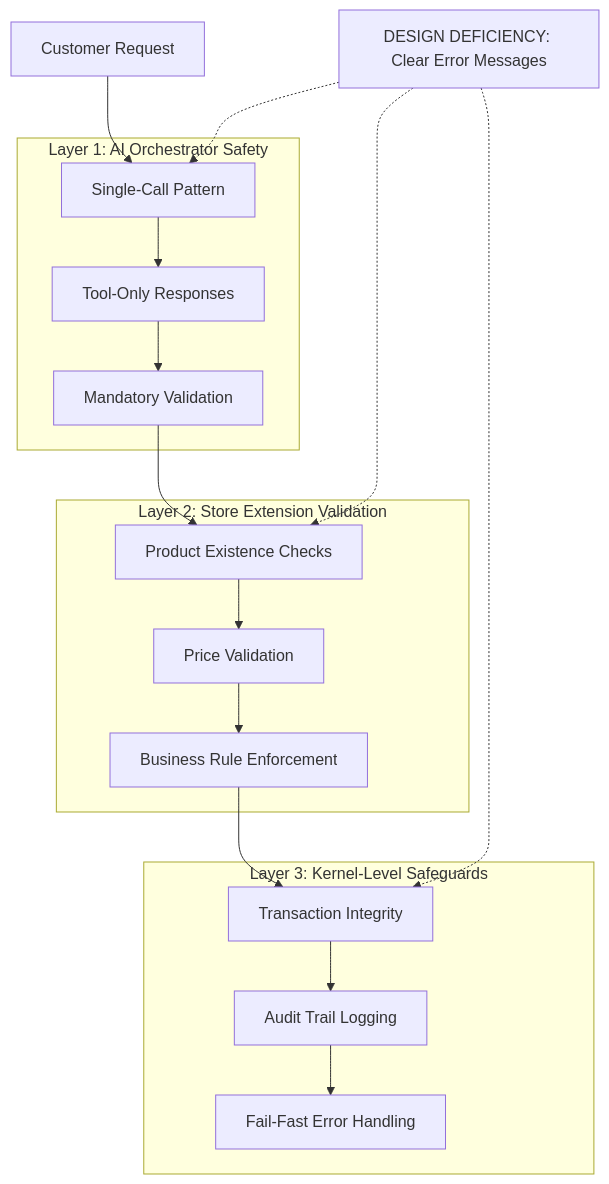
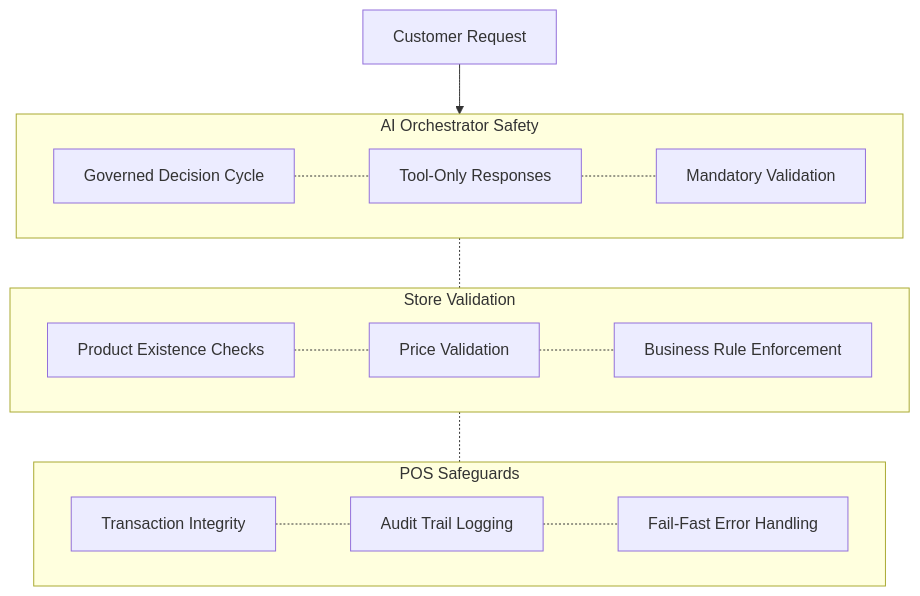
The fifth of 7 diagrams in PRESENTATION.md (paulmooreparks/AiPos), drawn with Mermaid before and after one commit. The commit also changed other lines of this file and 57 other files, not shown here.

````diff
--- a/PRESENTATION.md
+++ b/PRESENTATION.md
@@ -202,34 +213,34 @@
 ```mermaid
 graph TB
-    subgraph "Layer 1: AI Orchestrator Safety"
-        A[Single-Call Pattern]
+    subgraph L1[AI Orchestrator Safety]
+        A[Governed Decision Cycle]
         B[Tool-Only Responses]
         C[Mandatory Validation]
     end
 
-    subgraph "Layer 2: Store Extension Validation"
+    subgraph L2[Store Validation]
         D[Product Existence Checks]
         E[Price Validation]
         F[Business Rule Enforcement]
     end
 
-    subgraph "Layer 3: Kernel-Level Safeguards"
+    subgraph L3[POS Safeguards]
         G[Transaction Integrity]
         H[Audit Trail Logging]
         I[Fail-Fast Error Handling]
     end
 
-    J[Customer Request] --> A
-    A --> B
-    B --> C
-    C --> D
-    D --> E
-    E --> F
-    F --> G
-    G --> H
-    H --> I
+    J[Customer Request] --> L1
 
-    K[DESIGN DEFICIENCY: Clear Error Messages] -.-> A
-    K -.-> D
-    K -.-> G
+    A -.- B
+    B -.- C
+
+    D -.- E
+    E -.- F
+
+    G -.- H
+    H -.- I
+
+    L1 -.- L2
+    L2 -.- L3
 ```
````
